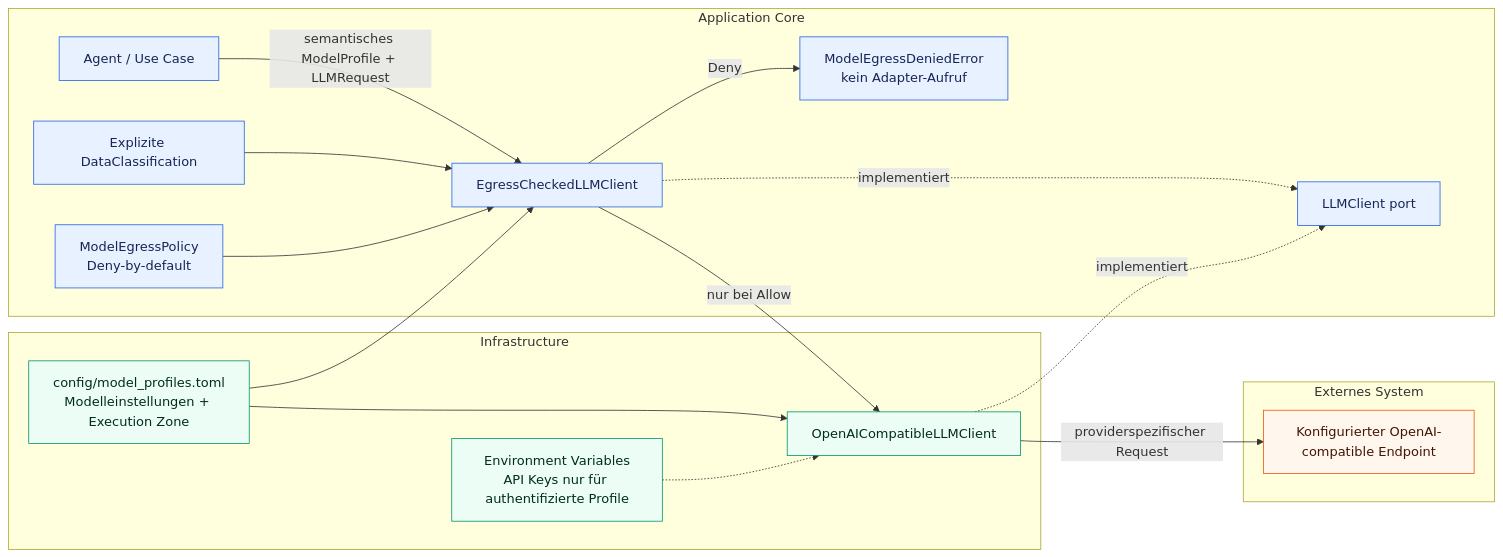
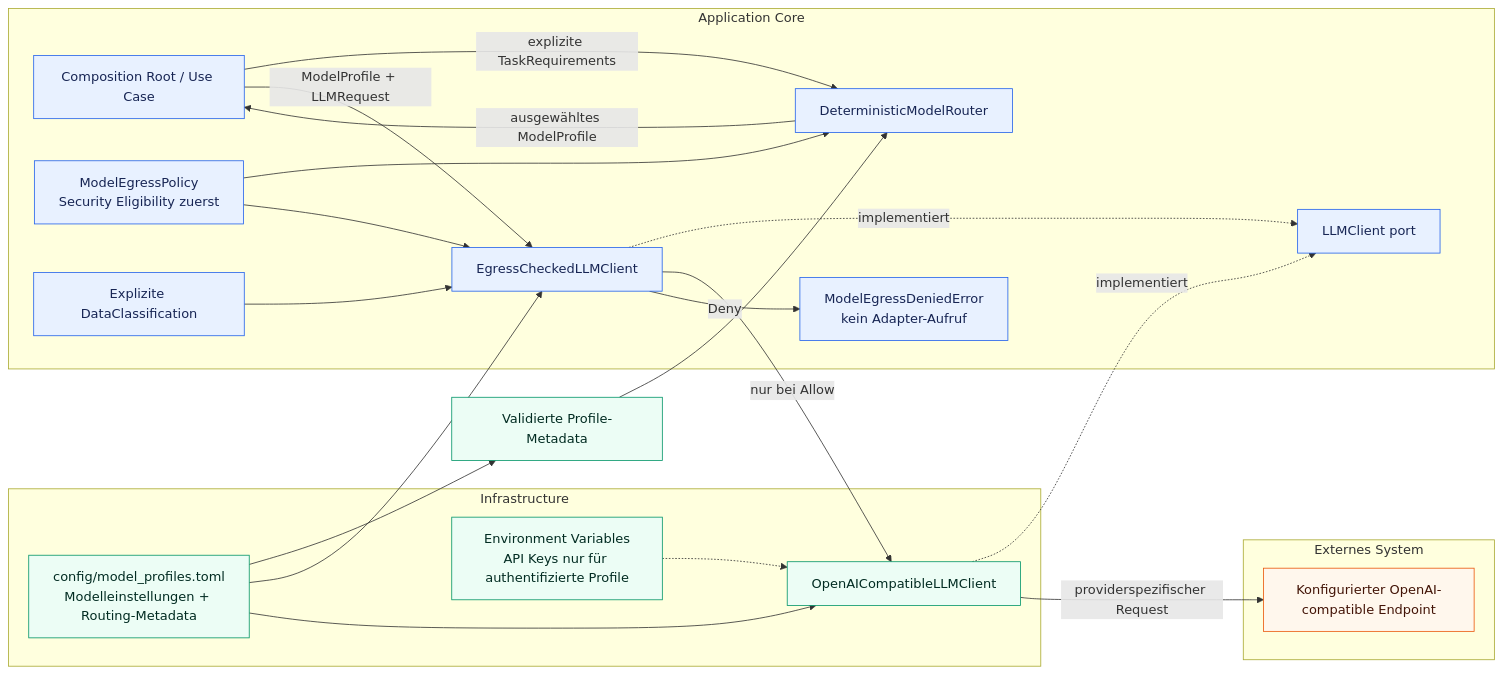
One commit to aboerzel/industrial-ai-agent changed the third of 10 diagrams in docs/architecture/overview.de.md. Above: the diagram before and after it, drawn with Mermaid. The commit also changed other lines of this file and 11 other files, not shown here.

Commit message:
feat: add task-level model routing

````diff
--- a/docs/architecture/overview.de.md
+++ b/docs/architecture/overview.de.md
@@ -116,41 +117,47 @@
 ```mermaid
 flowchart LR
-    A["Agent / Use Case"] -->|"semantisches ModelProfile + LLMRequest"| G["EgressCheckedLLMClient"]
+    A["Composition Root / Use Case"] -->|"explizite TaskRequirements"| R["DeterministicModelRouter"]
+    M["Validierte Profile-Metadata"] --> R
+    S["ModelEgressPolicy<br/>Security Eligibility zuerst"] --> R
+    R -->|"ausgewähltes ModelProfile"| A
+    A -->|"ModelProfile + LLMRequest"| G["EgressCheckedLLMClient"]
     P["LLMClient port"]
     G -.->|"implementiert"| P
     C["OpenAICompatibleLLMClient"] -.->|"implementiert"| P
     CL["Explizite DataClassification"] --> G
-    POLICY["ModelEgressPolicy<br/>Deny-by-default"] --> G
-    TOML["config/model_profiles.toml<br/>Modelleinstellungen + Execution Zone"] --> G
+    S --> G
+    TOML["config/model_profiles.toml<br/>Modelleinstellungen + Routing-Metadata"] --> M
+    TOML --> G
     TOML --> C
     ENV["Environment Variables<br/>API Keys nur für authentifizierte Profile"] -.-> C
     G -->|"nur bei Allow"| C
     G -->|"Deny"| F["ModelEgressDeniedError<br/>kein Adapter-Aufruf"]
     C -->|"providerspezifischer Request"| E["Konfigurierter OpenAI-compatible Endpoint"]
 
     subgraph Core["Application Core"]
         A
         P
         G
         CL
-        POLICY
+        R
+        S
         F
     end
 
     subgraph Infrastructure["Infrastructure"]
         C
         TOML
         ENV
     end
 
     subgraph External["Externes System"]
         E
     end
 
     classDef core fill:#e8f1ff,stroke:#2563eb,color:#172554
     classDef adapter fill:#ecfdf5,stroke:#059669,color:#022c22
     classDef external fill:#fff7ed,stroke:#ea580c,color:#431407
-    class A,P,G,CL,POLICY,F core
-    class C,TOML,ENV adapter
+    class A,P,G,CL,R,S,F core
+    class C,TOML,M,ENV adapter
     class E external
 ```
````
